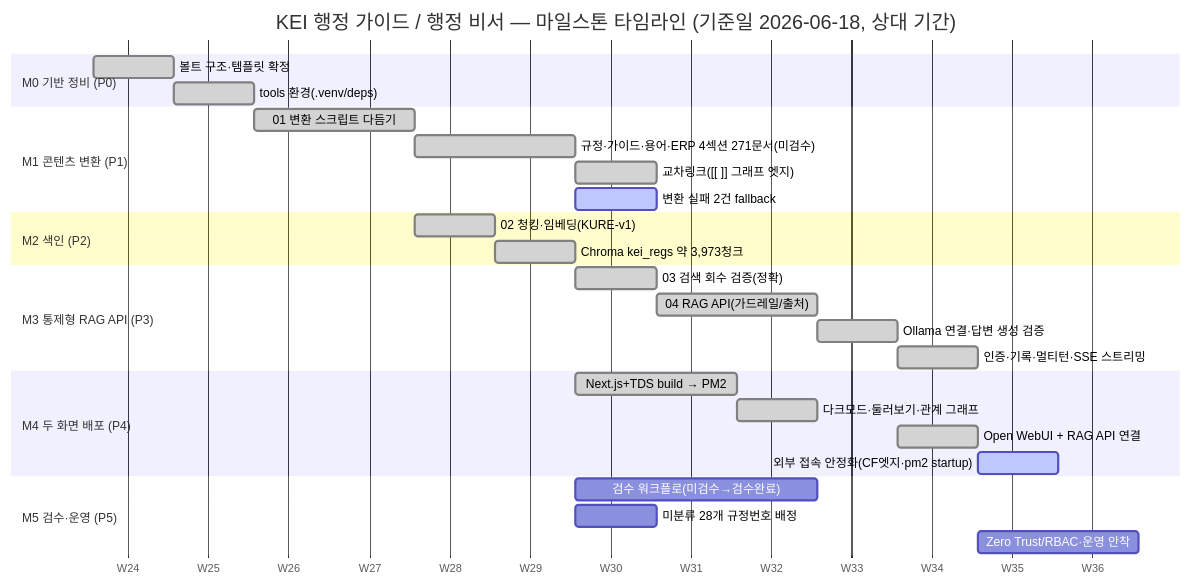
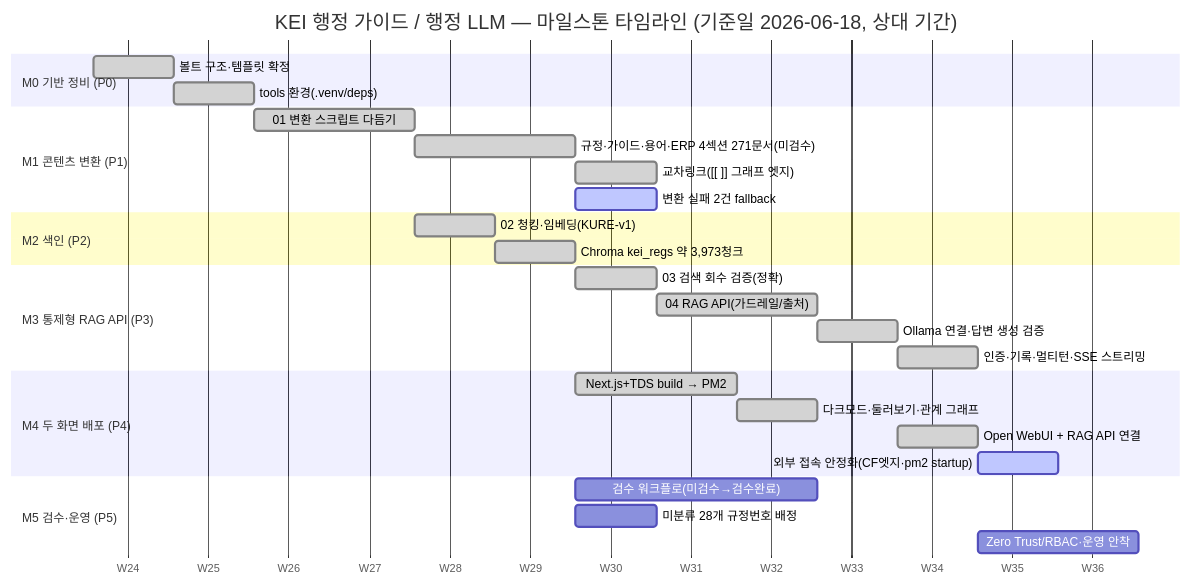
One commit to mooner92/KEIAdminSuperv changed the first of 2 diagrams in docs/08-roadmap.md. Above: the diagram before and after it, drawn with Mermaid. The commit also changed other lines of this file and 50 other files, not shown here.

````diff
--- a/docs/08-roadmap.md
+++ b/docs/08-roadmap.md
@@ -44,38 +44,38 @@
 ```mermaid
 gantt
-    title KEI 행정 가이드 / 행정 비서 — 마일스톤 타임라인 (기준일 2026-06-18, 상대 기간)
+    title KEI 행정 가이드 / 행정 LLM — 마일스톤 타임라인 (기준일 2026-06-18, 상대 기간)
     dateFormat YYYY-MM-DD
     axisFormat W%W
     todayMarker off
 
     section M0 기반 정비 (P0)
     볼트 구조·템플릿 확정      :done, m0a, 2026-06-18, 1w
     tools 환경(.venv/deps)     :done, m0b, after m0a, 1w
 
     section M1 콘텐츠 변환 (P1)
     01 변환 스크립트 다듬기     :done, m1a, after m0b, 2w
     규정·가이드·용어·ERP 4섹션 271문서(미검수) :done, m1b, after m1a, 2w
     교차링크([[ ]] 그래프 엣지) :done, m1d, after m1b, 1w
     변환 실패 2건 fallback      :active, m1c, after m1b, 1w
 
     section M2 색인 (P2)
     02 청킹·임베딩(KURE-v1)     :done, m2a, after m1a, 1w
     Chroma kei_regs 약 3,973청크 :done, m2b, after m2a, 1w
 
     section M3 통제형 RAG API (P3)
     03 검색 회수 검증(정확)     :done, m3a, after m2b, 1w
     04 RAG API(가드레일/출처)   :done, m3b, after m3a, 2w
     Ollama 연결·답변 생성 검증  :done, m3c, after m3b, 1w
     인증·기록·멀티턴·SSE 스트리밍 :done, m3d, after m3c, 1w
 
     section M4 두 화면 배포 (P4)
     Next.js+TDS build → PM2     :done, m4a, after m1b, 2w
     다크모드·둘러보기·관계 그래프 :done, m4d, after m4a, 1w
     Open WebUI + RAG API 연결   :done, m4b, after m3c, 1w
     외부 접속 안정화(CF엣지·pm2 startup) :active, m4c, after m4b, 1w
 
     section M5 검수·운영 (P5)
     검수 워크플로(미검수→검수완료):m5a, after m1b, 3w
     미분류 28개 규정번호 배정    :m5c, after m1b, 1w
     Zero Trust/RBAC·운영 안착   :m5b, after m4b, 2w
 ```
````
